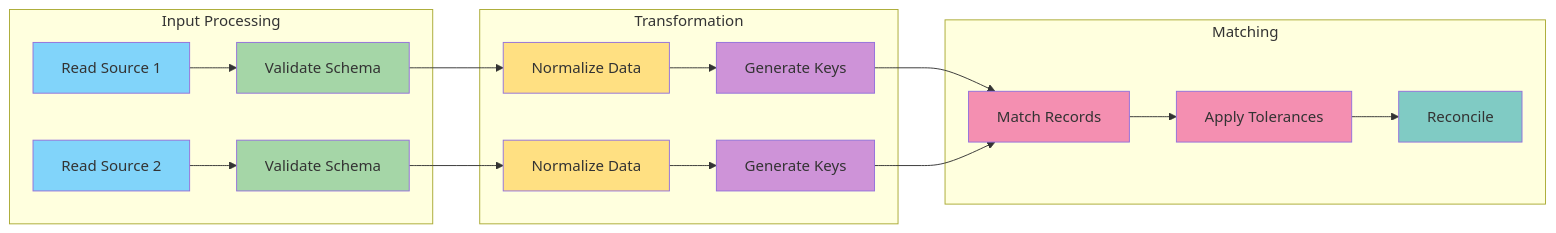
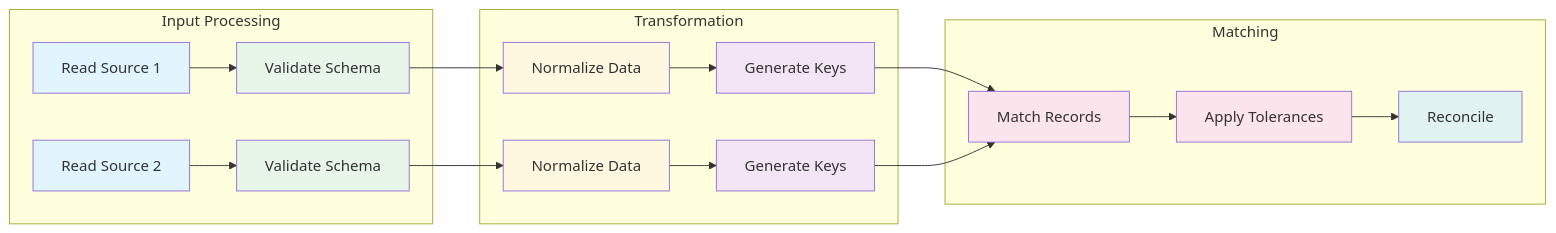
One commit to tomshannon1/reconciliation-engine changed the second of 3 diagrams in README.MD. Above: the diagram before and after it, drawn with Mermaid. The commit also changed other lines of this file, not shown here.

````diff
--- a/README.MD
+++ b/README.MD
@@ -79,45 +79,45 @@
 ```mermaid
 graph LR
     subgraph "Input Processing"
         I1[Read Source 1]
         I2[Read Source 2]
         V1[Validate Schema]
         V2[Validate Schema]
     end
 
     subgraph "Transformation"
         N1[Normalize Data]
         N2[Normalize Data]
         K1[Generate Keys]
         K2[Generate Keys]
     end
 
     subgraph "Matching"
         M1[Match Records]
         T1[Apply Tolerances]
         R1[Reconcile]
     end
 
     I1 --> V1
     I2 --> V2
     V1 --> N1
     V2 --> N2
     N1 --> K1
     N2 --> K2
     K1 --> M1
     K2 --> M1
     M1 --> T1
     T1 --> R1
 
-    style I1 fill:#81D4FA
-    style I2 fill:#81D4FA
-    style V1 fill:#A5D6A7
-    style V2 fill:#A5D6A7
-    style N1 fill:#FFE082
-    style N2 fill:#FFE082
-    style K1 fill:#CE93D8
-    style K2 fill:#CE93D8
-    style M1 fill:#F48FB1
-    style T1 fill:#F48FB1
-    style R1 fill:#80CBC4
+    style I1 fill:#E1F5FE
+    style I2 fill:#E1F5FE
+    style V1 fill:#E8F5E9
+    style V2 fill:#E8F5E9
+    style N1 fill:#FFF8E1
+    style N2 fill:#FFF8E1
+    style K1 fill:#F3E5F5
+    style K2 fill:#F3E5F5
+    style M1 fill:#FCE4EC
+    style T1 fill:#FCE4EC
+    style R1 fill:#E0F2F1
 ```
````
